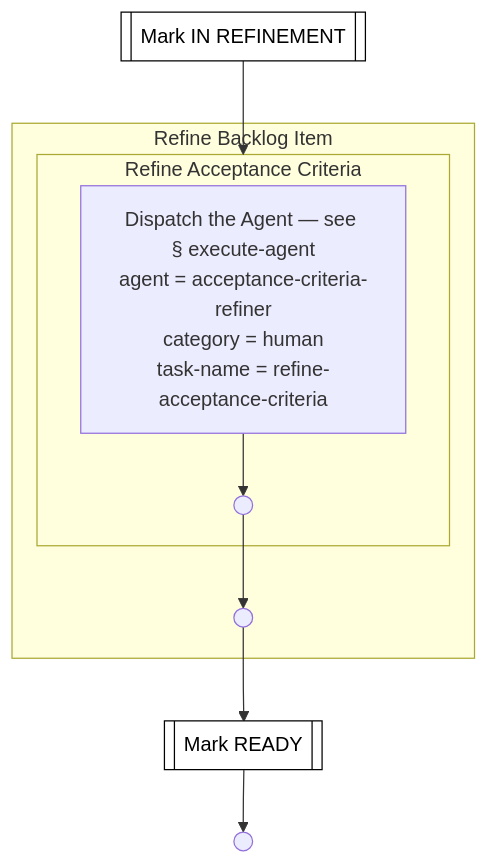
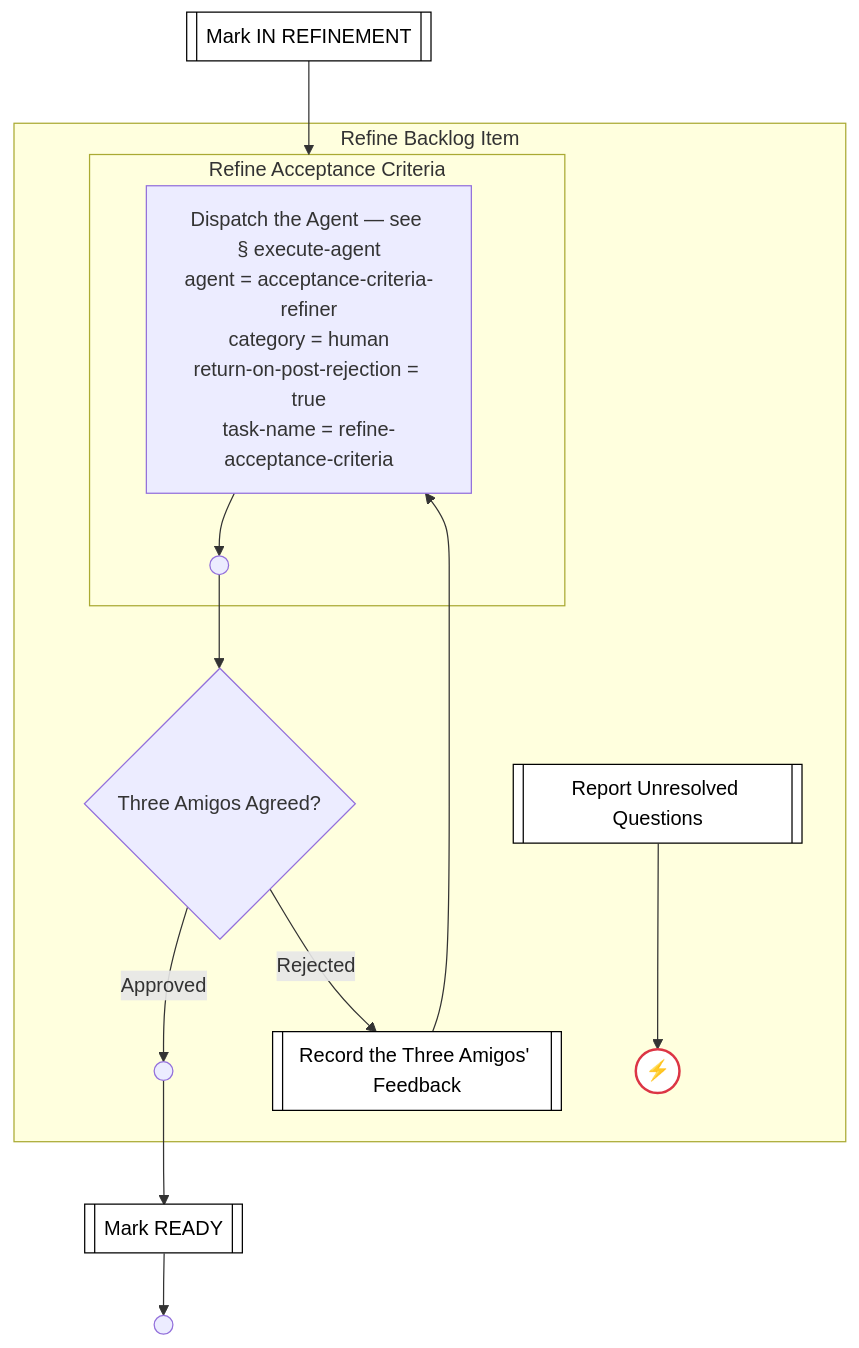
One commit to optivem/gh-optivem changed the third of 11 diagrams in docs/process-diagram-expanded.md. Above: the diagram before and after it, drawn with Mermaid. The commit also changed 5 other files, not shown here.

Commit message:
atdd: regenerate process-flow diagram

````diff
--- a/docs/process-diagram-expanded.md
+++ b/docs/process-diagram-expanded.md
@@ -72,22 +72,33 @@
 ```mermaid
 flowchart TD
     MARK_IN_REFINEMENT[[Mark IN REFINEMENT]]
     MARK_READY[[Mark READY]]
     REFINE_TICKET_END(( ))
     subgraph REFINE_BACKLOG_ITEM[Refine Backlog Item]
+    REFINE_BACKLOG_ITEM__GATE_AC_AGREED{Three Amigos Agreed?}
     REFINE_BACKLOG_ITEM__REFINE_BACKLOG_ITEM_END(( ))
+    REFINE_BACKLOG_ITEM__RECORD_REFINEMENT_FEEDBACK[[Record the Three Amigos' Feedback]]
+    REFINE_BACKLOG_ITEM__AC_REFINEMENT_EXHAUSTED((⚡))
+    REFINE_BACKLOG_ITEM__REPORT_UNRESOLVED_REFINEMENT[[Report Unresolved Questions]]
     subgraph REFINE_BACKLOG_ITEM__REFINE_ACCEPTANCE_CRITERIA[Refine Acceptance Criteria]
-    REFINE_BACKLOG_ITEM__REFINE_ACCEPTANCE_CRITERIA__EXECUTE_AGENT["Dispatch the Agent — see § execute-agent<br/>agent = acceptance-criteria-refiner<br/>category = human<br/>task-name = refine-acceptance-criteria"]
+    REFINE_BACKLOG_ITEM__REFINE_ACCEPTANCE_CRITERIA__EXECUTE_AGENT["Dispatch the Agent — see § execute-agent<br/>agent = acceptance-criteria-refiner<br/>category = human<br/>return-on-post-rejection = true<br/>task-name = refine-acceptance-criteria"]
     REFINE_BACKLOG_ITEM__REFINE_ACCEPTANCE_CRITERIA__REFINE_AC_END(( ))
     end
     end
 
     REFINE_BACKLOG_ITEM__REFINE_ACCEPTANCE_CRITERIA__EXECUTE_AGENT --> REFINE_BACKLOG_ITEM__REFINE_ACCEPTANCE_CRITERIA__REFINE_AC_END
-    REFINE_BACKLOG_ITEM__REFINE_ACCEPTANCE_CRITERIA__REFINE_AC_END --> REFINE_BACKLOG_ITEM__REFINE_BACKLOG_ITEM_END
+    REFINE_BACKLOG_ITEM__REFINE_ACCEPTANCE_CRITERIA__REFINE_AC_END --> REFINE_BACKLOG_ITEM__GATE_AC_AGREED
+    REFINE_BACKLOG_ITEM__GATE_AC_AGREED -- Approved --> REFINE_BACKLOG_ITEM__REFINE_BACKLOG_ITEM_END
+    REFINE_BACKLOG_ITEM__GATE_AC_AGREED -- Rejected --> REFINE_BACKLOG_ITEM__RECORD_REFINEMENT_FEEDBACK
+    REFINE_BACKLOG_ITEM__RECORD_REFINEMENT_FEEDBACK --> REFINE_BACKLOG_ITEM__REFINE_ACCEPTANCE_CRITERIA__EXECUTE_AGENT
+    REFINE_BACKLOG_ITEM__REPORT_UNRESOLVED_REFINEMENT --> REFINE_BACKLOG_ITEM__AC_REFINEMENT_EXHAUSTED
     MARK_IN_REFINEMENT --> REFINE_BACKLOG_ITEM__REFINE_ACCEPTANCE_CRITERIA
     REFINE_BACKLOG_ITEM__REFINE_BACKLOG_ITEM_END --> MARK_READY
     MARK_READY --> REFINE_TICKET_END
 
     classDef serviceNode fill:#ffffff,stroke:#000000,stroke-width:1px,color:#000000
-    class MARK_IN_REFINEMENT,MARK_READY serviceNode
+    class MARK_IN_REFINEMENT,REFINE_BACKLOG_ITEM__RECORD_REFINEMENT_FEEDBACK,REFINE_BACKLOG_ITEM__REPORT_UNRESOLVED_REFINEMENT,MARK_READY serviceNode
+
+    classDef errorEndNode fill:#ffffff,stroke:#dc3545,stroke-width:2px,color:#000000
+    class REFINE_BACKLOG_ITEM__AC_REFINEMENT_EXHAUSTED errorEndNode
 ```
````
